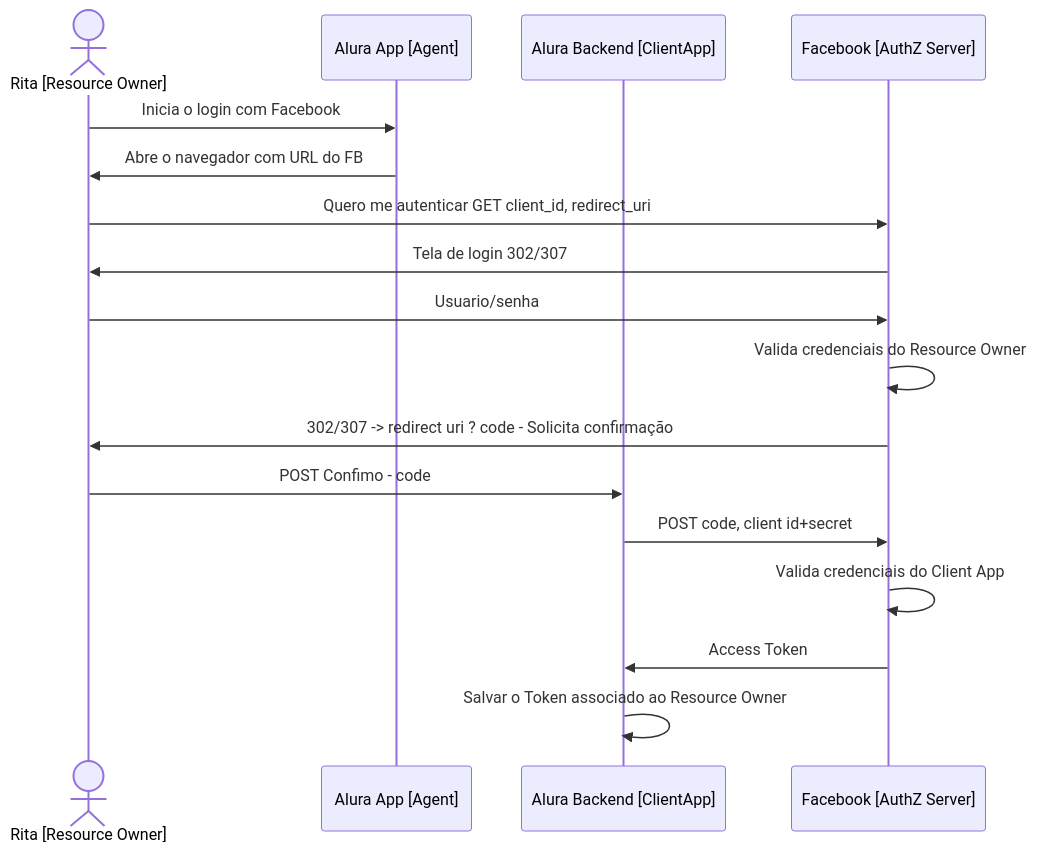
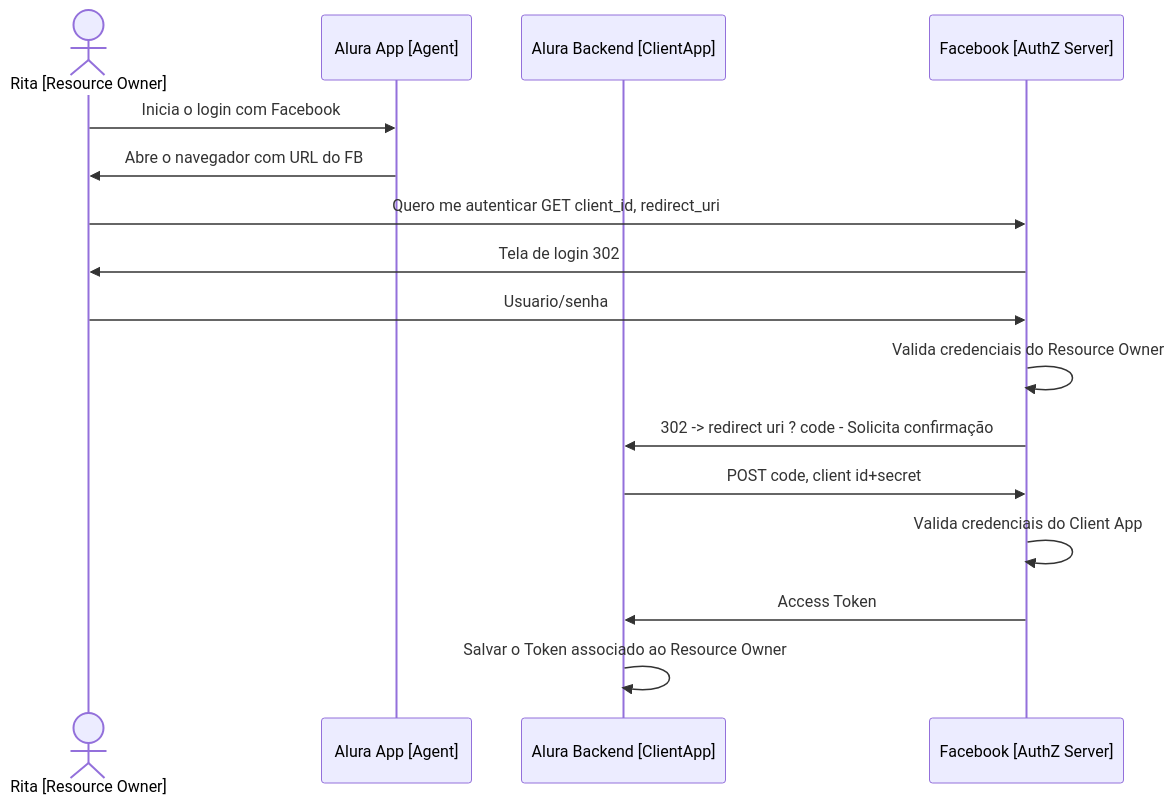
One commit to FIAP/PostTech_Java_AluraBank changed the first of 2 diagrams in doc/oauth/Authorization Code Grant.md. Above: the diagram before and after it, drawn with Mermaid. The commit also changed 1 other file, not shown here.

Commit message:
Adicionando descrição para a documentação do fluxo de authorization code com PKCE

````diff
--- a/doc/oauth/Authorization Code Grant.md
+++ b/doc/oauth/Authorization Code Grant.md
@@ -19,20 +19,19 @@
 ```mermaid
 sequenceDiagram
     actor       C   as Rita [Resource Owner]
     participant A   as Alura App [Agent]
     participant CL  as Alura Backend [ClientApp]
     participant AS  as Facebook [AuthZ Server]
 
     C->>A: Inicia o login com Facebook
     A->>C: Abre o navegador com URL do FB
     C->>AS: Quero me autenticar GET client_id, redirect_uri
-    AS->>C: Tela de login 302/307
+    AS->>C: Tela de login 302
     C->>AS: Usuario/senha
     AS->>AS: Valida credenciais do Resource Owner
-    AS->>C: 302/307 -> redirect uri ? code - Solicita confirmação 
-    C->>CL: POST Confimo - code
+    AS->>CL: 302 -> redirect uri ? code - Solicita confirmação 
     CL->>AS: POST code, client id+secret 
     AS->>AS: Valida credenciais do Client App
     AS->>CL: Access Token
     CL->>CL: Salvar o Token associado ao Resource Owner
 ```
````
